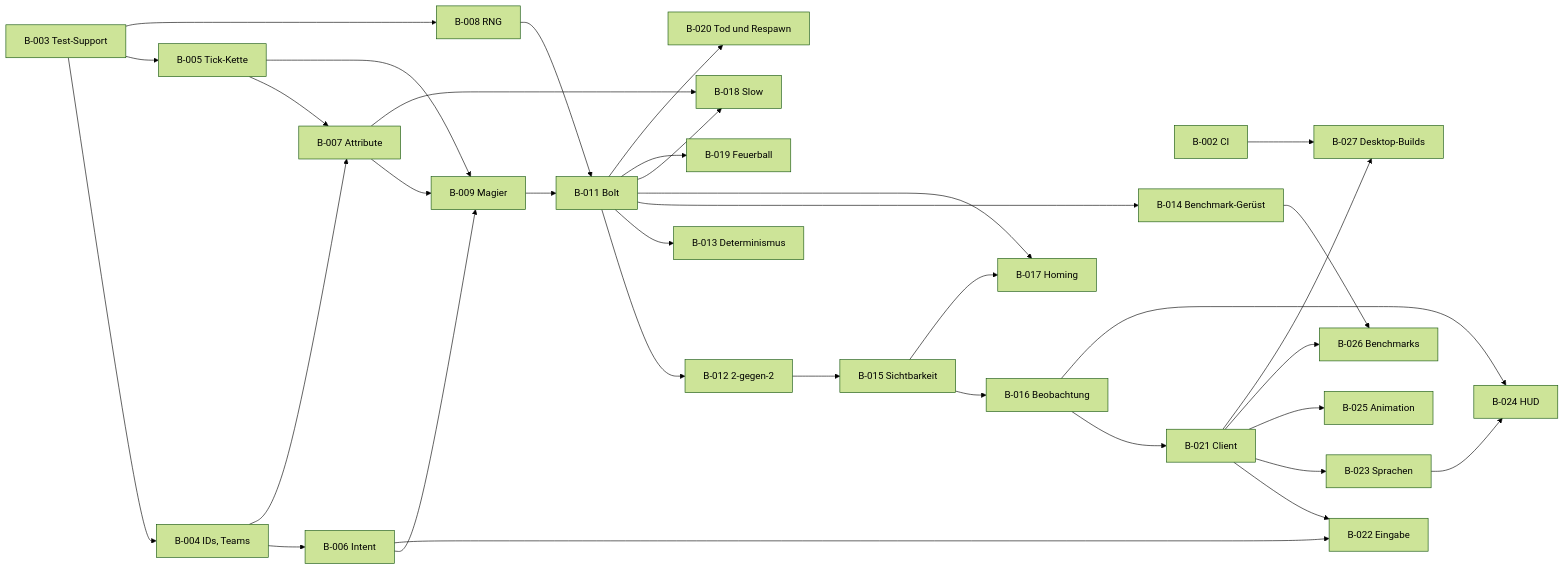
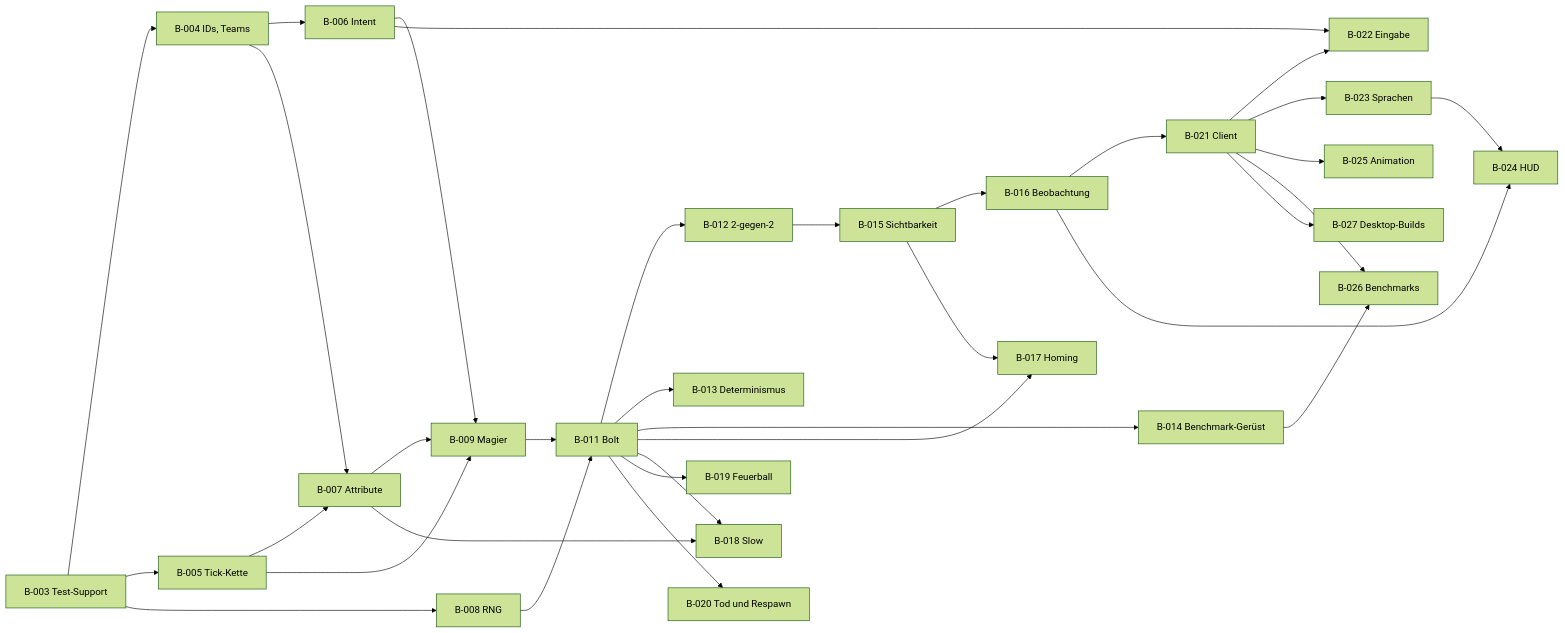
One commit to MagierSpieleSchmiede/mage-game changed the diagram in docs/backlog.md. Above: the diagram before and after it, drawn with Mermaid (forest theme). The commit also changed other lines of this file and 2 other files, not shown here.

Commit message:
B-002 done: CI green on all targets, red on a clippy error
Remove B-002 from the backlog, log it for M1 and hand over to B-003.

Claude-Session: https://claude.ai/code/session_01FetKhq6gKvjycigGcfqNzW

````diff
--- a/docs/backlog.md
+++ b/docs/backlog.md
@@ -73,38 +72,36 @@
 ```mermaid
 flowchart LR
-  B002["B-002 CI"]
   B003["B-003 Test-Support"]
   B003 --> B004["B-004 IDs, Teams"]
   B003 --> B005["B-005 Tick-Kette"]
   B003 --> B008["B-008 RNG"]
   B004 --> B006["B-006 Intent"]
   B004 --> B007["B-007 Attribute"]
   B005 --> B007
   B005 --> B009["B-009 Magier"]
   B006 --> B009
   B007 --> B009
   B008 --> B011["B-011 Bolt"]
   B009 --> B011
   B011 --> B012["B-012 2-gegen-2"]
   B011 --> B013["B-013 Determinismus"]
   B011 --> B014["B-014 Benchmark-Gerüst"]
   B012 --> B015["B-015 Sichtbarkeit"]
   B015 --> B016["B-016 Beobachtung"]
   B015 --> B017["B-017 Homing"]
   B011 --> B017
   B007 --> B018["B-018 Slow"]
   B011 --> B018
   B011 --> B019["B-019 Feuerball"]
   B011 --> B020["B-020 Tod und Respawn"]
   B016 --> B021["B-021 Client"]
   B006 --> B022["B-022 Eingabe"]
   B021 --> B022
   B021 --> B023["B-023 Sprachen"]
   B016 --> B024["B-024 HUD"]
   B023 --> B024
   B021 --> B025["B-025 Animation"]
   B014 --> B026["B-026 Benchmarks"]
   B021 --> B026
-  B002 --> B027["B-027 Desktop-Builds"]
-  B021 --> B027
+  B021 --> B027["B-027 Desktop-Builds"]
 ```
````
